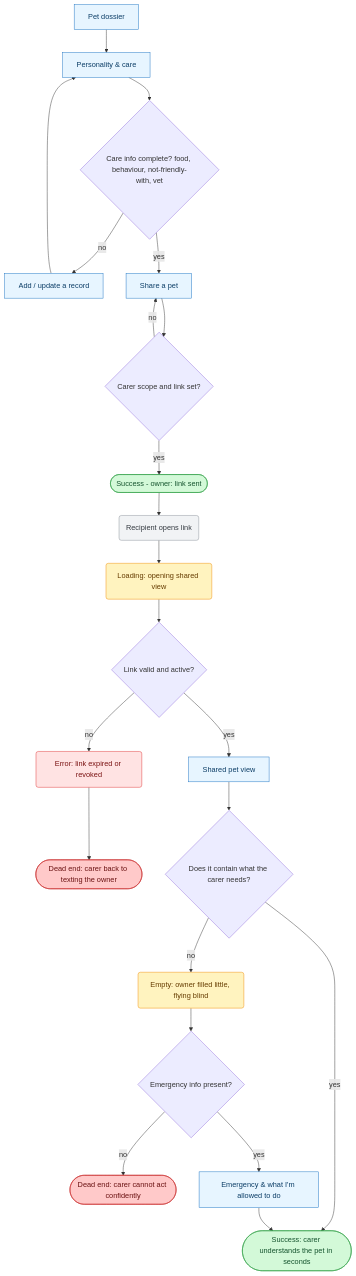
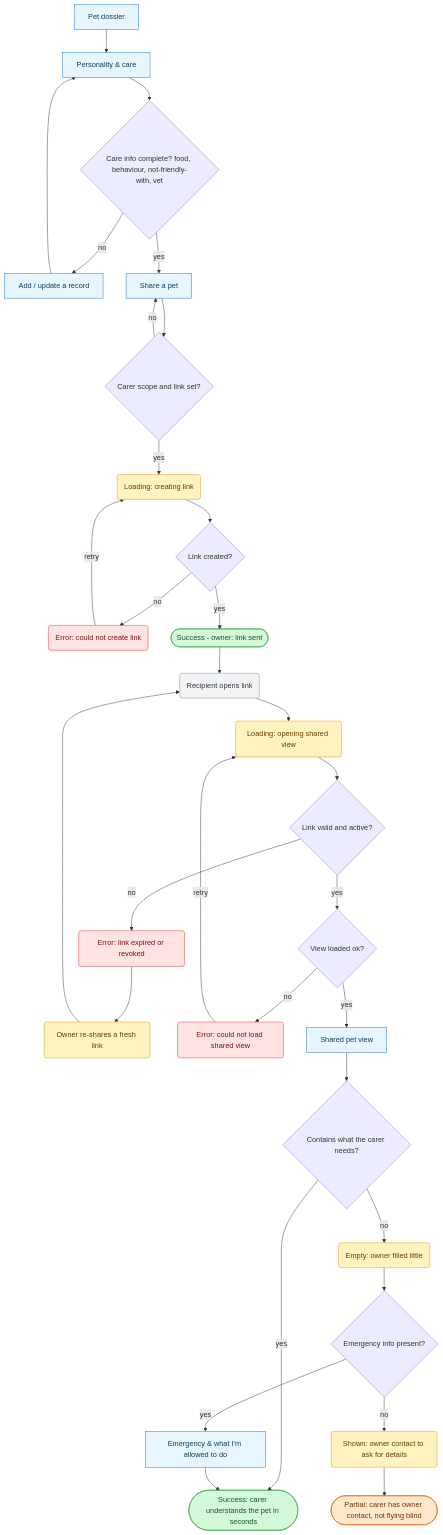
Before and after one commit to anaferens/pet-pal: the second of 4 diagrams in research/flows.md, drawn with Mermaid. The commit also changed other lines of this file and 2 other files, not shown here.

First line of the commit message:
Apply sitemap/flows critique fixes; add critique doc

````diff
--- a/research/flows.md
+++ b/research/flows.md
@@ -73,37 +86,46 @@
 ```mermaid
 flowchart TD
   Dossier["Pet dossier"] --> Care["Personality & care"]
   Care --> Q1{"Care info complete? food, behaviour, not-friendly-with, vet"}
   Q1 -->|no| AddRec["Add / update a record"]
   AddRec --> Care
   Q1 -->|yes| Share["Share a pet"]
   Share --> Q2{"Carer scope and link set?"}
   Q2 -->|no| Share
-  Q2 -->|yes| Sent(["Success - owner: link sent"])
+  Q2 -->|yes| ShareLoad("Loading: creating link")
+  ShareLoad --> Q2b{"Link created?"}
+  Q2b -->|no| ShareErr("Error: could not create link")
+  ShareErr -->|retry| ShareLoad
+  Q2b -->|yes| Sent(["Success - owner: link sent"])
   Sent --> Open("Recipient opens link")
   Open --> Load("Loading: opening shared view")
   Load --> Q3{"Link valid and active?"}
   Q3 -->|no| LinkErr("Error: link expired or revoked")
-  LinkErr --> DeadLink(["Dead end: carer back to texting the owner"])
-  Q3 -->|yes| SharedView["Shared pet view"]
-  SharedView --> Q4{"Does it contain what the carer needs?"}
+  LinkErr --> Reissue("Owner re-shares a fresh link")
+  Reissue --> Open
+  Q3 -->|yes| Q3b{"View loaded ok?"}
+  Q3b -->|no| ViewErr("Error: could not load shared view")
+  ViewErr -->|retry| Load
+  Q3b -->|yes| SharedView["Shared pet view"]
+  SharedView --> Q4{"Contains what the carer needs?"}
   Q4 -->|yes| Understood(["Success: carer understands the pet in seconds"])
-  Q4 -->|no| Empty("Empty: owner filled little, flying blind")
+  Q4 -->|no| Empty("Empty: owner filled little")
   Empty --> Q5{"Emergency info present?"}
-  Q5 -->|no| DeadGap(["Dead end: carer cannot act confidently"])
   Q5 -->|yes| Emerg["Emergency & what I'm allowed to do"]
   Emerg --> Understood
+  Q5 -->|no| OwnerContact("Shown: owner contact to ask for details")
+  OwnerContact --> Soft1(["Partial: carer has owner contact, not flying blind"])
 
   classDef screen fill:#e7f5ff,stroke:#1971c2,color:#0b3d66;
   classDef state fill:#fff3bf,stroke:#f08c00,color:#663c00;
   classDef error fill:#ffe3e3,stroke:#e03131,color:#7a1212;
   classDef success fill:#d3f9d8,stroke:#2f9e44,color:#14532d;
-  classDef deadend fill:#ffc9c9,stroke:#c92a2a,color:#6a1212;
+  classDef soft fill:#ffe8cc,stroke:#e8590c,color:#7a3000;
   classDef start fill:#f1f3f5,stroke:#868e96,color:#343a40;
   class Open start;
   class Dossier,Care,AddRec,Share,SharedView,Emerg screen;
-  class Load,Empty state;
-  class LinkErr error;
+  class ShareLoad,Load,Empty,Reissue,OwnerContact state;
+  class ShareErr,LinkErr,ViewErr error;
   class Sent,Understood success;
-  class DeadLink,DeadGap deadend;
+  class Soft1 soft;
 ```
````
